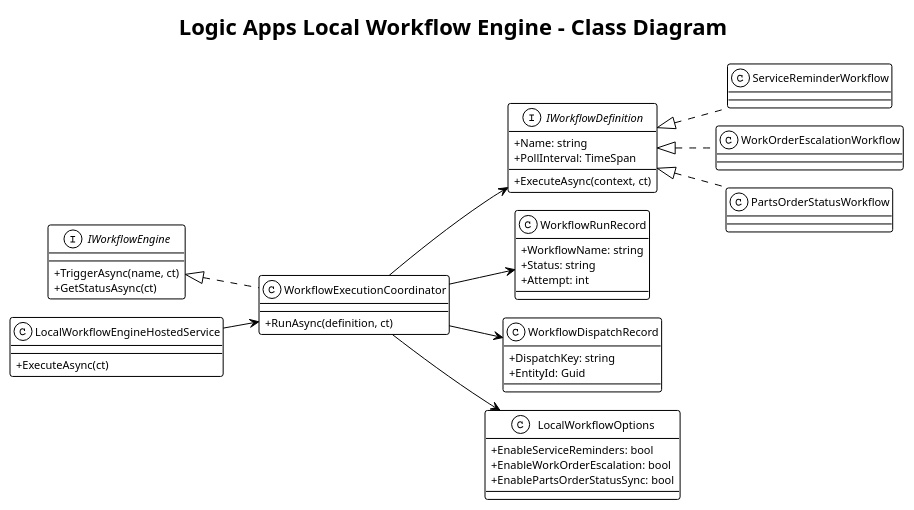
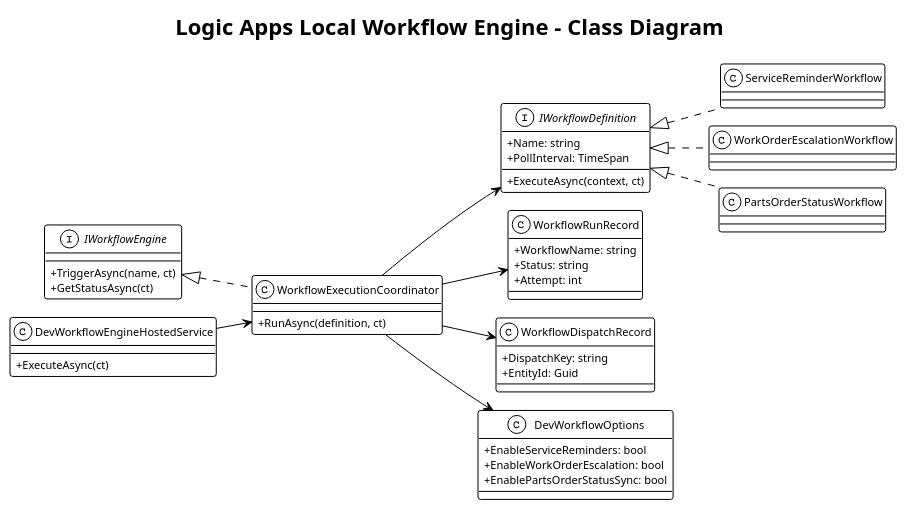
One commit to QuinntyneBrown/Toromont changed the diagram in docs/detailed-designs/19-logic-apps-local-workflow-engine/diagrams/class_diagram.puml. Above: the diagram before and after it, drawn with PlantUML. The commit also changed 13 other files, not shown here.

First line of the commit message:
docs: update detailed designs 19-21, create design 22 (Azure Functions local dev)

```diff
--- a/docs/detailed-designs/19-logic-apps-local-workflow-engine/diagrams/class_diagram.puml
+++ b/docs/detailed-designs/19-logic-apps-local-workflow-engine/diagrams/class_diagram.puml
@@ -1,61 +1,61 @@
 @startuml class_diagram
 !theme plain
 !pragma layout smetana
 left to right direction
 skinparam classAttributeIconSize 0
 skinparam shadowing false
 skinparam defaultFontSize 11
 
 title Logic Apps Local Workflow Engine - Class Diagram
 
 interface IWorkflowEngine {
   +TriggerAsync(name, ct)
   +GetStatusAsync(ct)
 }
 
 interface IWorkflowDefinition {
   +Name: string
   +PollInterval: TimeSpan
   +ExecuteAsync(context, ct)
 }
 
-class LocalWorkflowEngineHostedService {
+class DevWorkflowEngineHostedService {
   +ExecuteAsync(ct)
 }
 
 class WorkflowExecutionCoordinator {
   +RunAsync(definition, ct)
 }
 
 class ServiceReminderWorkflow
 class WorkOrderEscalationWorkflow
 class PartsOrderStatusWorkflow
 
 class WorkflowRunRecord {
   +WorkflowName: string
   +Status: string
   +Attempt: int
 }
 
 class WorkflowDispatchRecord {
   +DispatchKey: string
   +EntityId: Guid
 }
 
-class LocalWorkflowOptions {
+class DevWorkflowOptions {
   +EnableServiceReminders: bool
   +EnableWorkOrderEscalation: bool
   +EnablePartsOrderStatusSync: bool
 }
 
-LocalWorkflowEngineHostedService --> WorkflowExecutionCoordinator
+DevWorkflowEngineHostedService --> WorkflowExecutionCoordinator
 WorkflowExecutionCoordinator --> IWorkflowDefinition
 IWorkflowEngine <|.. WorkflowExecutionCoordinator
 IWorkflowDefinition <|.. ServiceReminderWorkflow
 IWorkflowDefinition <|.. WorkOrderEscalationWorkflow
 IWorkflowDefinition <|.. PartsOrderStatusWorkflow
 WorkflowExecutionCoordinator --> WorkflowRunRecord
 WorkflowExecutionCoordinator --> WorkflowDispatchRecord
-WorkflowExecutionCoordinator --> LocalWorkflowOptions
+WorkflowExecutionCoordinator --> DevWorkflowOptions
 
 @enduml
```
